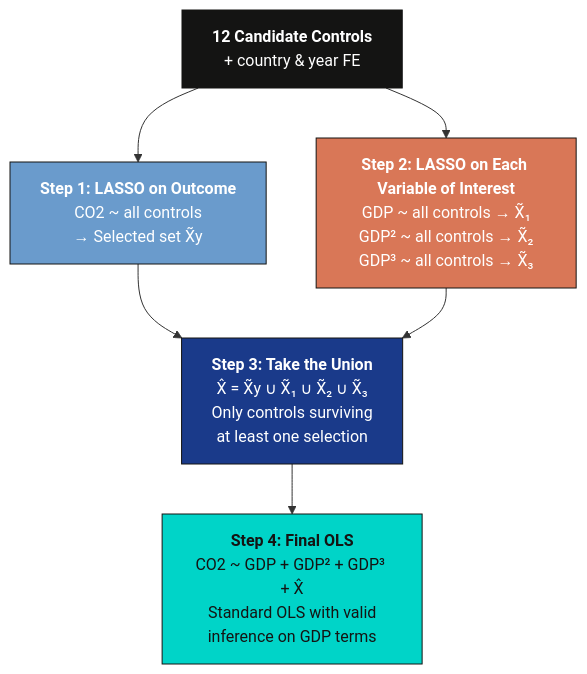
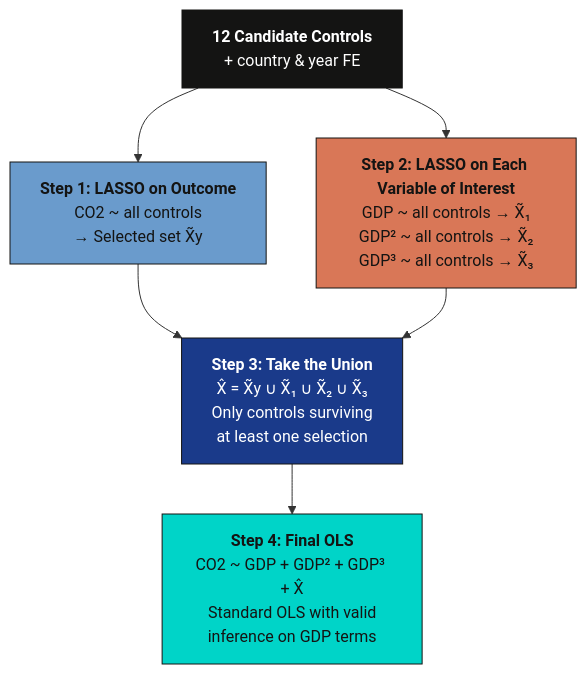
One commit to cmg777/starter-academic-v501 changed the fourth of 4 diagrams in content/post/stata_bma_dsl/index.md. Above: the diagram before and after it, drawn with Mermaid. The commit also changed other lines of this file and 67 other files, not shown here.

First line of the commit message:
fix(mermaid): readable diagram text in both themes across the site

````diff
--- a/content/post/stata_bma_dsl/index.md
+++ b/content/post/stata_bma_dsl/index.md
@@ -765,18 +765,18 @@
 ```mermaid
 graph TD
     Controls["<b>12 Candidate Controls</b><br/>+ country & year FE"]
 
     Controls --> Step1["<b>Step 1: LASSO on Outcome</b><br/>CO2 ~ all controls<br/>→ Selected set X̃y"]
     Controls --> Step2["<b>Step 2: LASSO on Each Variable of Interest</b><br/>GDP ~ all controls → X̃₁<br/>GDP² ~ all controls → X̃₂<br/>GDP³ ~ all controls → X̃₃"]
 
     Step1 --> Union["<b>Step 3: Take the Union</b><br/>X̂ = X̃y ∪ X̃₁ ∪ X̃₂ ∪ X̃₃<br/>Only controls surviving<br/>at least one selection"]
     Step2 --> Union
 
     Union --> OLS["<b>Step 4: Final OLS</b><br/>CO2 ~ GDP + GDP² + GDP³ + X̂<br/>Standard OLS with valid<br/>inference on GDP terms"]
 
     style Controls fill:#141413,stroke:#141413,color:#fff
-    style Step1 fill:#6a9bcc,stroke:#141413,color:#fff
-    style Step2 fill:#d97757,stroke:#141413,color:#fff
+    style Step1 fill:#6a9bcc,stroke:#141413,color:#141413
+    style Step2 fill:#d97757,stroke:#141413,color:#141413
     style Union fill:#1a3a8a,stroke:#141413,color:#fff
     style OLS fill:#00d4c8,stroke:#141413,color:#141413
 ```
````
